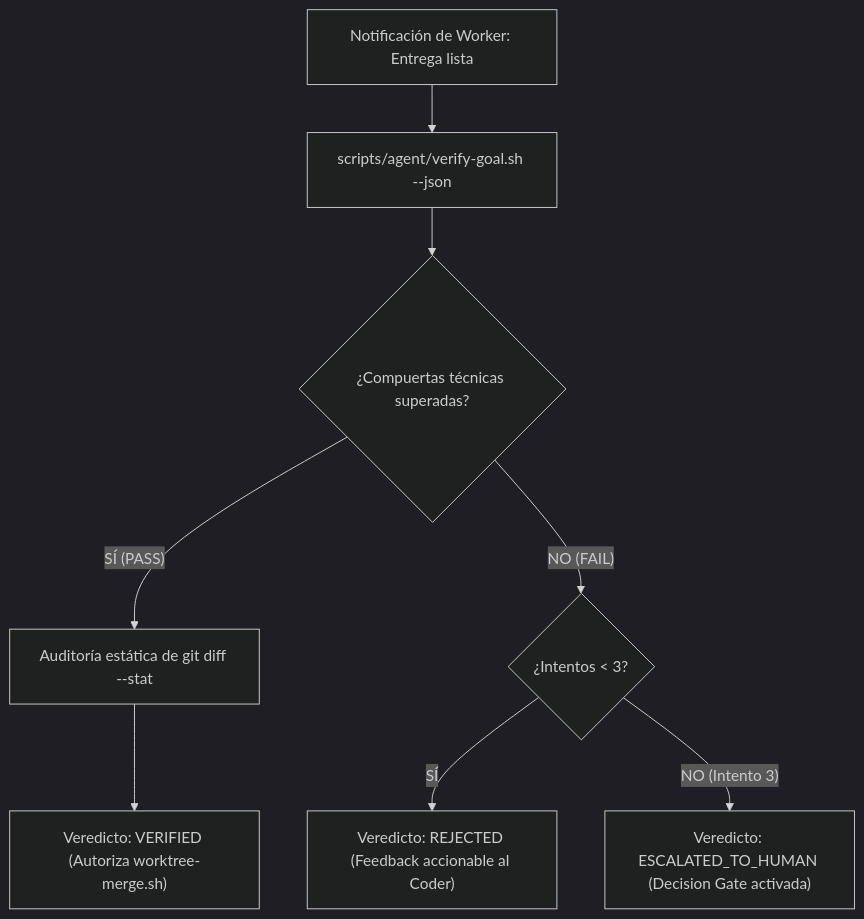
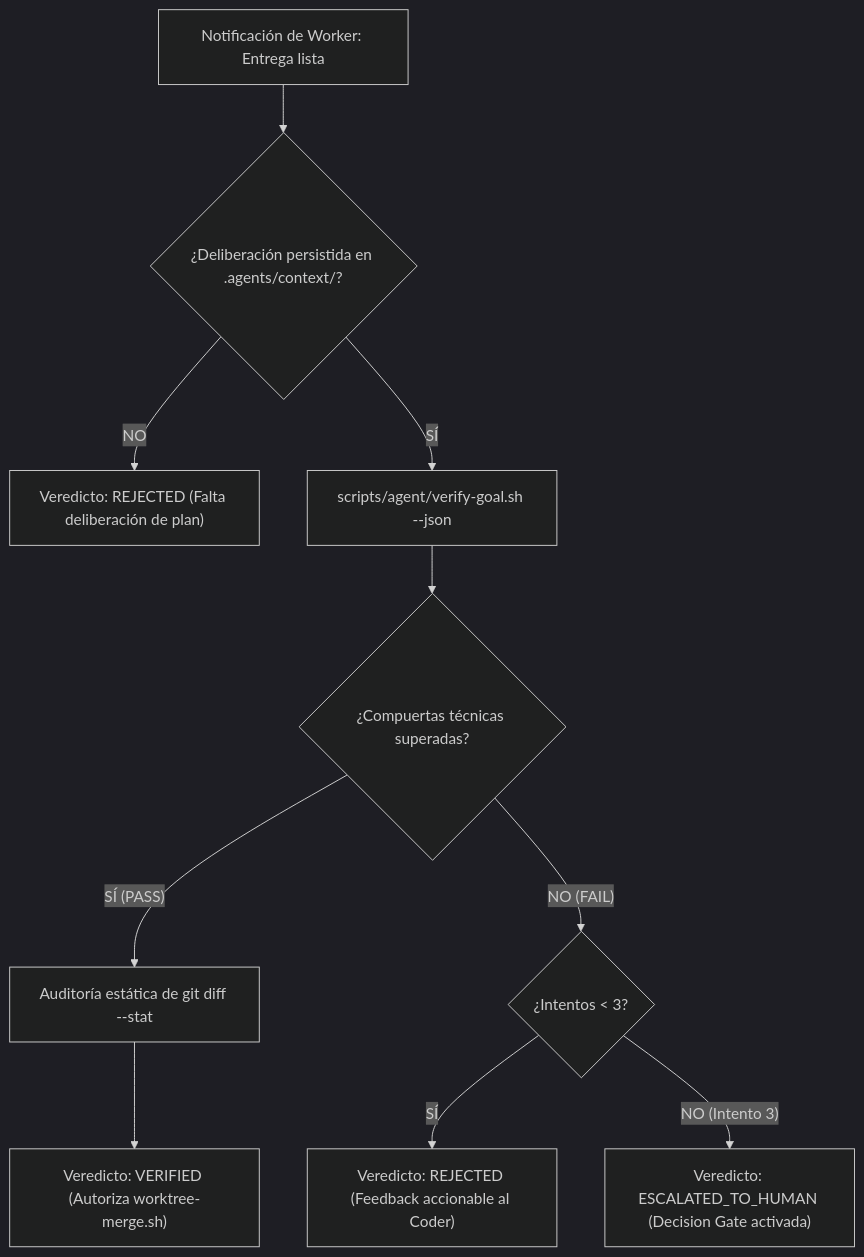
The diagram in .agents/profiles/qa-judge.md (romensuarezr/agent-os), drawn with Mermaid (dark theme) before and after one commit. The commit also changed other lines of this file and 4 other files, not shown here.

````diff
--- a/.agents/profiles/qa-judge.md
+++ b/.agents/profiles/qa-judge.md
@@ -58,12 +59,14 @@
 ```mermaid
 flowchart TD
-    WorkerNotification["Notificación de Worker: Entrega lista"] --> ExecGate["scripts/agent/verify-goal.sh --json"]
+    WorkerNotification["Notificación de Worker: Entrega lista"] --> CheckDelib{"¿Deliberación persistida en .agents/context/?"}
+    CheckDelib -- NO --> RejectDelib["Veredicto: REJECTED (Falta deliberación de plan)"]
+    CheckDelib -- SÍ --> ExecGate["scripts/agent/verify-goal.sh --json"]
     ExecGate --> GateDecision{"¿Compuertas técnicas superadas?"}
     
     GateDecision -- SÍ (PASS) --> DiffAudit["Auditoría estática de git diff --stat"]
     DiffAudit --> Verified["Veredicto: VERIFIED (Autoriza worktree-merge.sh)"]
     
     GateDecision -- NO (FAIL) --> RetryCount{"¿Intentos < 3?"}
     RetryCount -- SÍ --> RejectFeedback["Veredicto: REJECTED (Feedback accionable al Coder)"]
     RetryCount -- NO (Intento 3) --> Escalate["Veredicto: ESCALATED_TO_HUMAN (Decision Gate activada)"]
 ```
````
